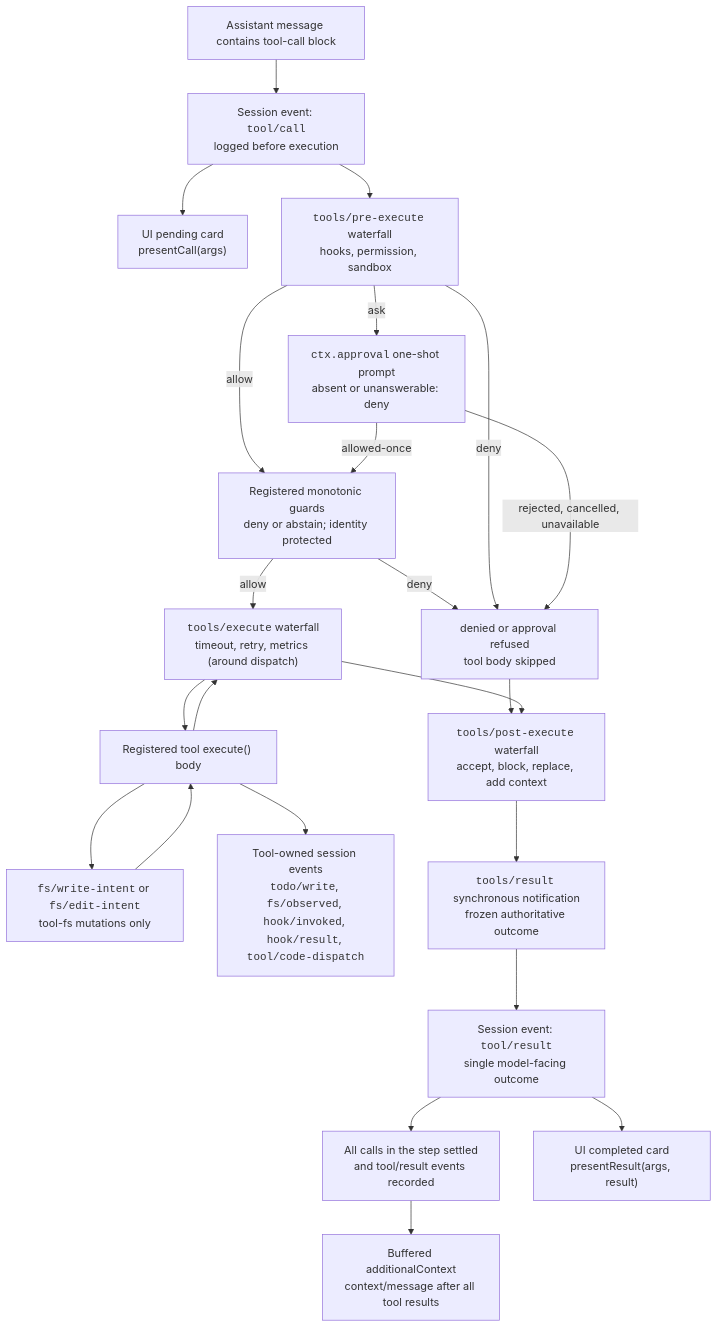
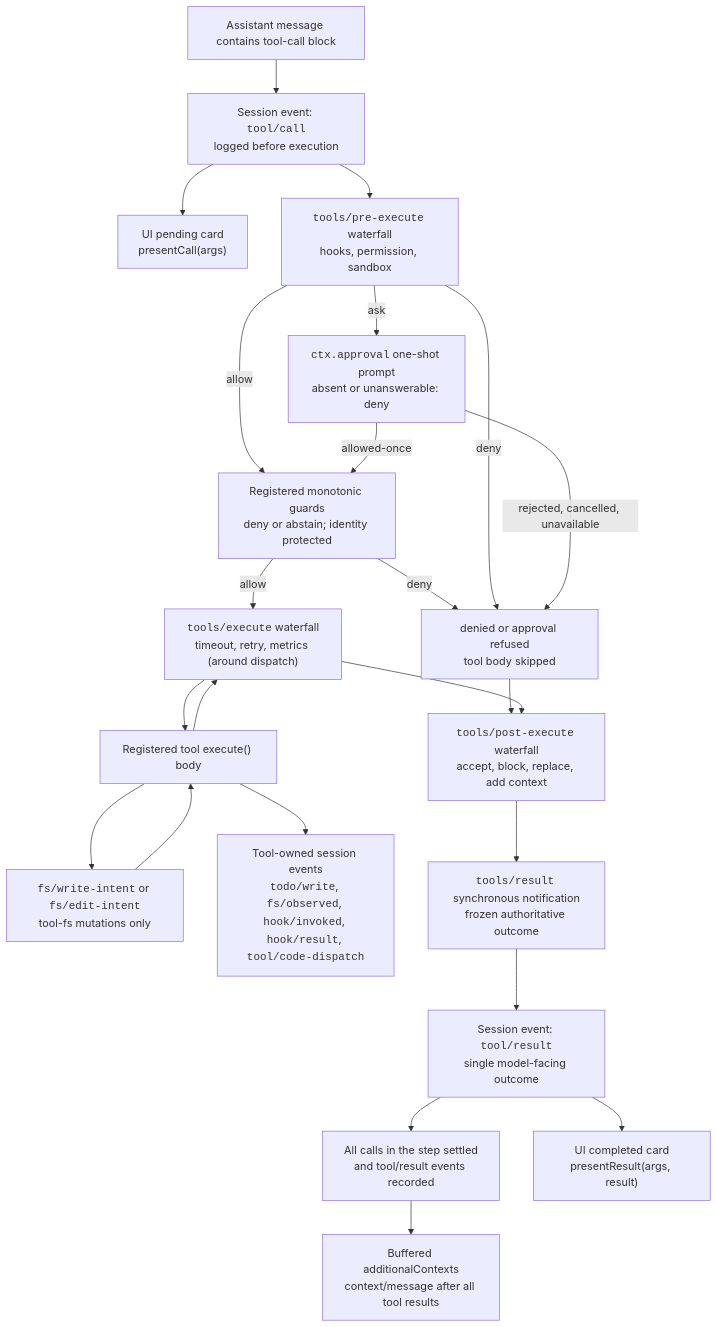
Before and after one commit to eru123/coco-harness: the diagram in docs/tool-execution-pipeline.md, drawn with Mermaid. The commit also changed other lines of this file and 158 other files, not shown here.

````diff
--- a/docs/tool-execution-pipeline.md
+++ b/docs/tool-execution-pipeline.md
@@ -8,42 +8,42 @@
 ```mermaid
 flowchart TD
   model["Assistant message contains tool-call block"]
   toolCall["Session event: <code>tool/call</code><br/>logged before execution"]
   presentCall["UI pending card<br/>presentCall(args)"]
   pre["<code>tools/pre-execute</code> waterfall<br/>hooks, permission, sandbox"]
   guards["Registered monotonic guards<br/>deny or abstain; identity protected"]
   denied["denied or approval refused<br/>tool body skipped"]
   approval["<code>ctx.approval</code> one-shot prompt<br/>absent or unanswerable: deny"]
   around["<code>tools/execute</code> waterfall<br/>timeout, retry, metrics (around dispatch)"]
   toolBody["Registered tool execute() body"]
   fsGate["<code>fs/write-intent</code> or <code>fs/edit-intent</code><br/>tool-fs mutations only"]
   owned["Tool-owned session events<br/><code>todo/write</code>, <code>fs/observed</code>, <code>hook/invoked</code>, <code>hook/result</code>, <code>tool/code-dispatch</code>"]
   post["<code>tools/post-execute</code> waterfall<br/>accept, block, replace, add context"]
   final["<code>tools/result</code> synchronous notification<br/>frozen authoritative outcome"]
-  context["Buffered additionalContext<br/>context/message after all tool results"]
+  context["Buffered additionalContexts<br/>context/message after all tool results"]
   toolResult["Session event: <code>tool/result</code><br/>single model-facing outcome"]
   allResults["All calls in the step settled<br/>and tool/result events recorded"]
   presentResult["UI completed card<br/>presentResult(args, result)"]
   model --> toolCall
   toolCall --> presentCall
   toolCall --> pre
   pre -->|allow| guards
   guards -->|allow| around
   guards -->|deny| denied
   around --> toolBody
   pre -->|deny| denied
   pre -->|ask| approval
   approval -->|allowed-once| guards
   approval -->|rejected, cancelled, unavailable| denied
   denied --> post
   toolBody --> fsGate
   fsGate --> toolBody
   toolBody --> owned
   toolBody --> around
   around --> post
   post --> final
   final --> toolResult
   toolResult --> presentResult
   toolResult --> allResults
   allResults --> context
 ```
````
